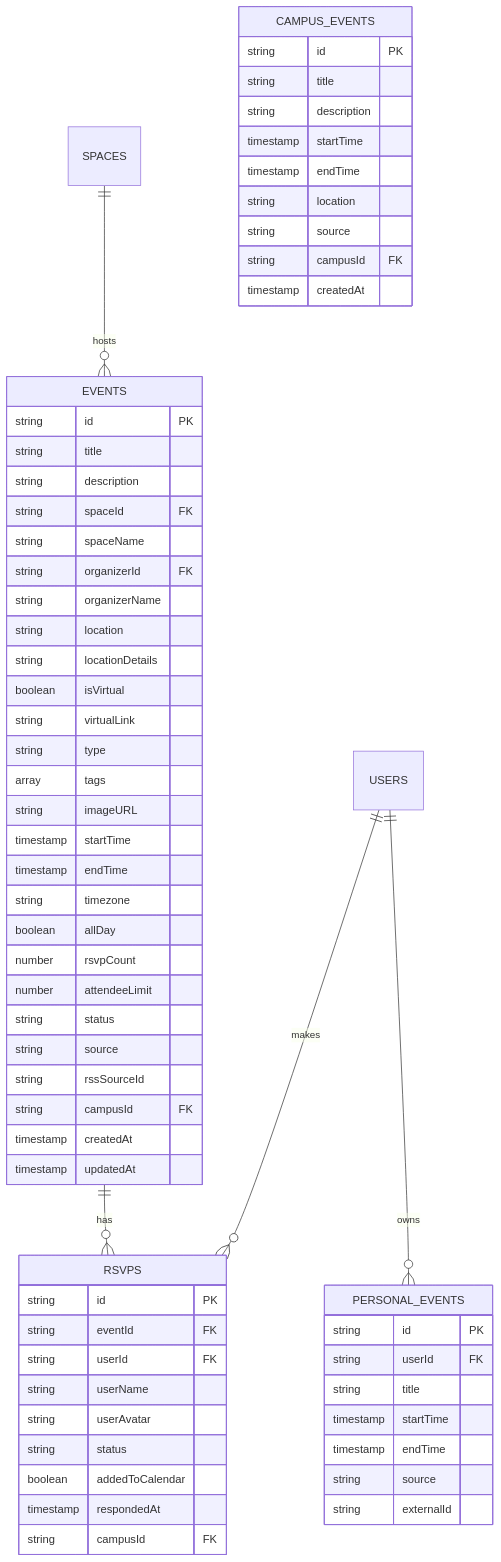
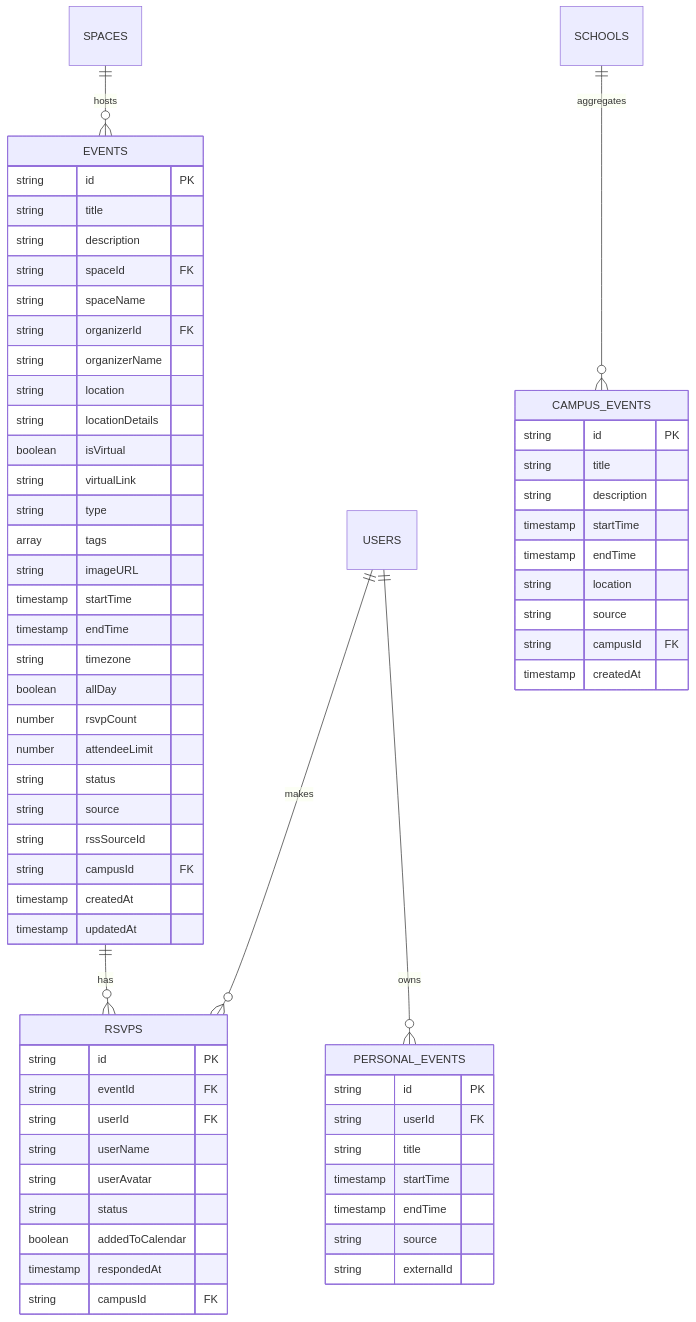
Before and after one commit to rhinehart514/HIVE_OFFICIAL: the second of 11 diagrams in docs/ERD.md, drawn with Mermaid. The commit also changed other lines of this file, not shown here.

First line of the commit message:
docs: Fix ERD quality issues

````diff
--- a/docs/ERD.md
+++ b/docs/ERD.md
@@ -192,70 +184,71 @@
 ```mermaid
 erDiagram
     SPACES ||--o{ EVENTS : hosts
     EVENTS ||--o{ RSVPS : has
     USERS ||--o{ RSVPS : makes
     USERS ||--o{ PERSONAL_EVENTS : owns
+    SCHOOLS ||--o{ CAMPUS_EVENTS : aggregates
 
     EVENTS {
         string id PK
         string title
         string description
         string spaceId FK
         string spaceName
         string organizerId FK
         string organizerName
         string location
         string locationDetails
         boolean isVirtual
         string virtualLink
         string type
         array tags
         string imageURL
         timestamp startTime
         timestamp endTime
         string timezone
         boolean allDay
         number rsvpCount
         number attendeeLimit
         string status
         string source
         string rssSourceId
         string campusId FK
         timestamp createdAt
         timestamp updatedAt
     }
 
     RSVPS {
         string id PK
         string eventId FK
         string userId FK
         string userName
         string userAvatar
         string status
         boolean addedToCalendar
         timestamp respondedAt
         string campusId FK
     }
 
     PERSONAL_EVENTS {
         string id PK
         string userId FK
         string title
         timestamp startTime
         timestamp endTime
         string source
         string externalId
     }
 
     CAMPUS_EVENTS {
         string id PK
         string title
         string description
         timestamp startTime
         timestamp endTime
         string location
         string source
         string campusId FK
         timestamp createdAt
     }
 ```
````
